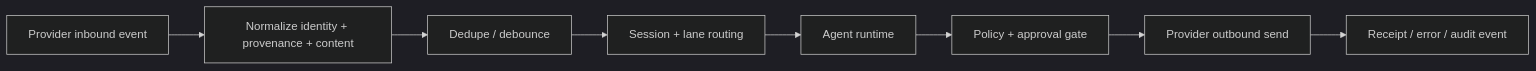
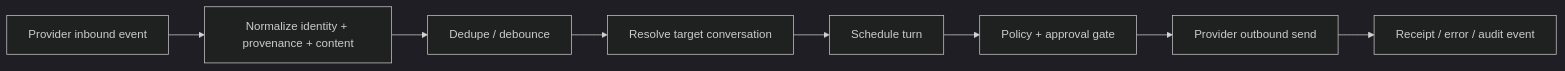
Before and after one commit to tyrumai/tyrum: the diagram in docs/architecture/agent/channels.md, drawn with Mermaid (dark theme). The commit also changed other lines of this file and 56 other files, not shown here.

Commit message:
docs: rewrite architecture around conversations and turns (#1829)

````diff
--- a/docs/architecture/agent/channels.md
+++ b/docs/architecture/agent/channels.md
@@ -15,11 +15,11 @@
 ```mermaid
 flowchart LR
   Inbound["Provider inbound event"] --> Normalize["Normalize identity + provenance + content"]
   Normalize --> Dedupe["Dedupe / debounce"]
-  Dedupe --> Session["Session + lane routing"]
-  Session --> Runtime["Agent runtime"]
+  Dedupe --> Resolve["Resolve target conversation"]
+  Resolve --> Runtime["Schedule turn"]
 
   Runtime --> Policy["Policy + approval gate"]
   Policy --> Outbound["Provider outbound send"]
   Outbound --> Receipt["Receipt / error / audit event"]
 ```
````
